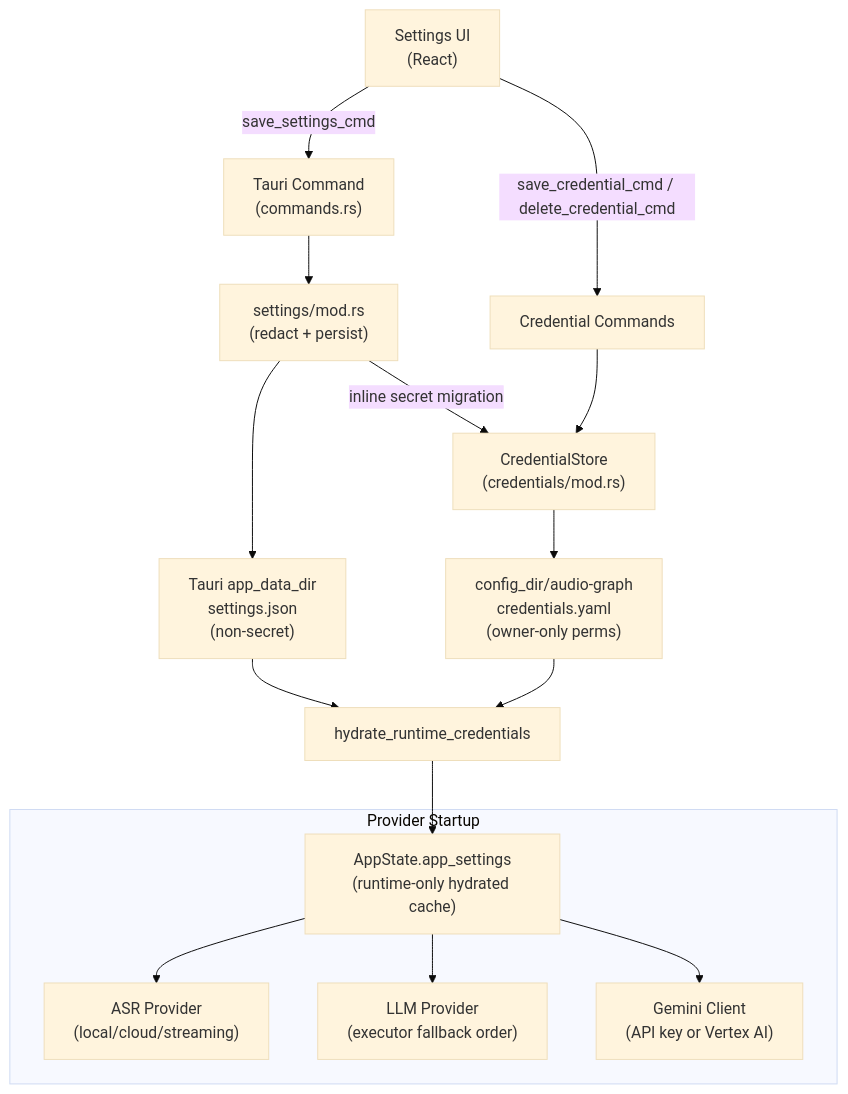
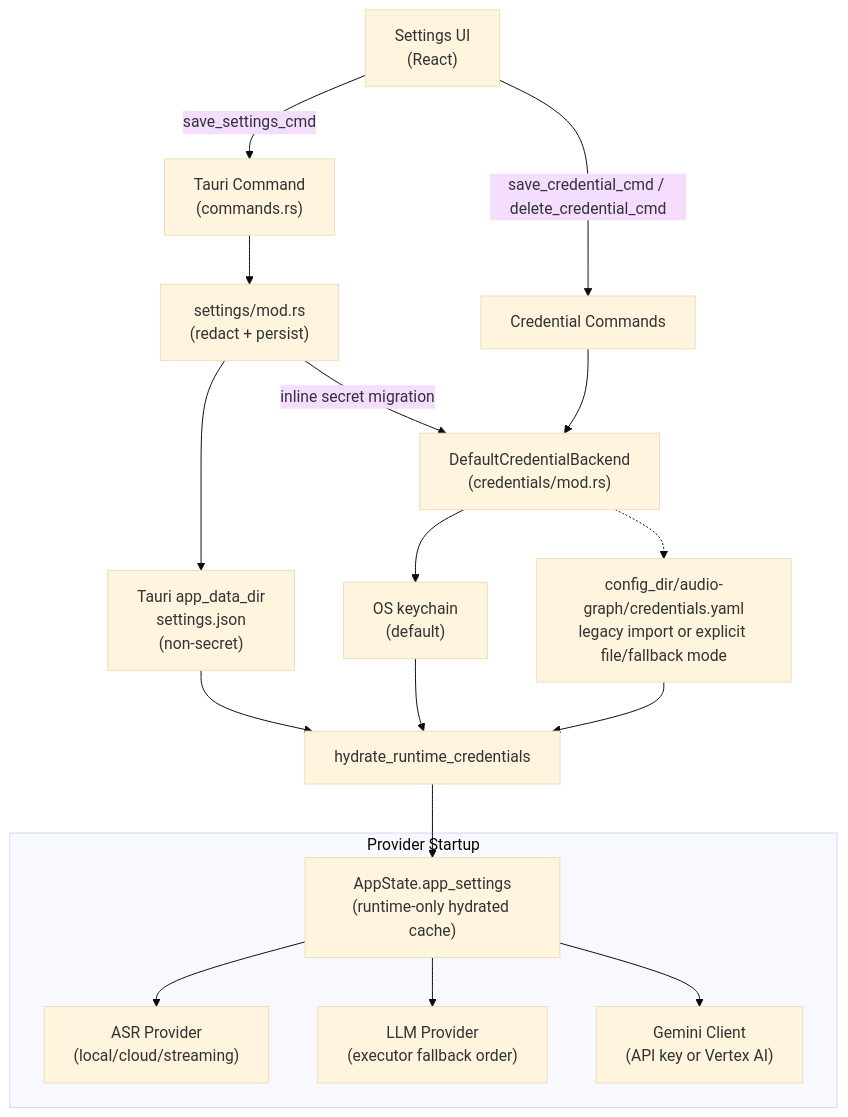
Before and after one commit to Codeseys-Labs/audio-graph: diagram 11 of 12 in docs/ARCHITECTURE.md, drawn with Mermaid (base theme). The commit also changed other lines of this file and 101 other files, not shown here.

````diff
--- a/docs/ARCHITECTURE.md
+++ b/docs/ARCHITECTURE.md
@@ -887,21 +1056,23 @@
 ```mermaid
 flowchart TD
     UI["Settings UI<br/>(React)"] -->|"save_settings_cmd"| CMD["Tauri Command<br/>(commands.rs)"]
     UI -->|"save_credential_cmd / delete_credential_cmd"| CREDCMD["Credential Commands"]
 
     CMD --> SETTINGS["settings/mod.rs<br/>(redact + persist)"]
     SETTINGS --> JSON["Tauri app_data_dir<br/>settings.json<br/>(non-secret)"]
-    SETTINGS -->|"inline secret migration"| CRED["CredentialStore<br/>(credentials/mod.rs)"]
+    SETTINGS -->|"inline secret migration"| CRED["DefaultCredentialBackend<br/>(credentials/mod.rs)"]
     CREDCMD --> CRED
-    CRED --> YAML["config_dir/audio-graph<br/>credentials.yaml<br/>(owner-only perms)"]
+    CRED --> KEYCHAIN["OS keychain<br/>(default)"]
+    CRED -.-> YAML["config_dir/audio-graph/credentials.yaml<br/>legacy import or explicit file/fallback mode"]
 
     JSON --> HYDRATE["hydrate_runtime_credentials"]
+    KEYCHAIN --> HYDRATE
     YAML --> HYDRATE
     HYDRATE --> STATE["AppState.app_settings<br/>(runtime-only hydrated cache)"]
 
     subgraph PROVIDERS["Provider Startup"]
         STATE --> ASR_P["ASR Provider<br/>(local/cloud/streaming)"]
         STATE --> LLM_P["LLM Provider<br/>(executor fallback order)"]
         STATE --> GEM_P["Gemini Client<br/>(API key or Vertex AI)"]
     end
 ```
````
